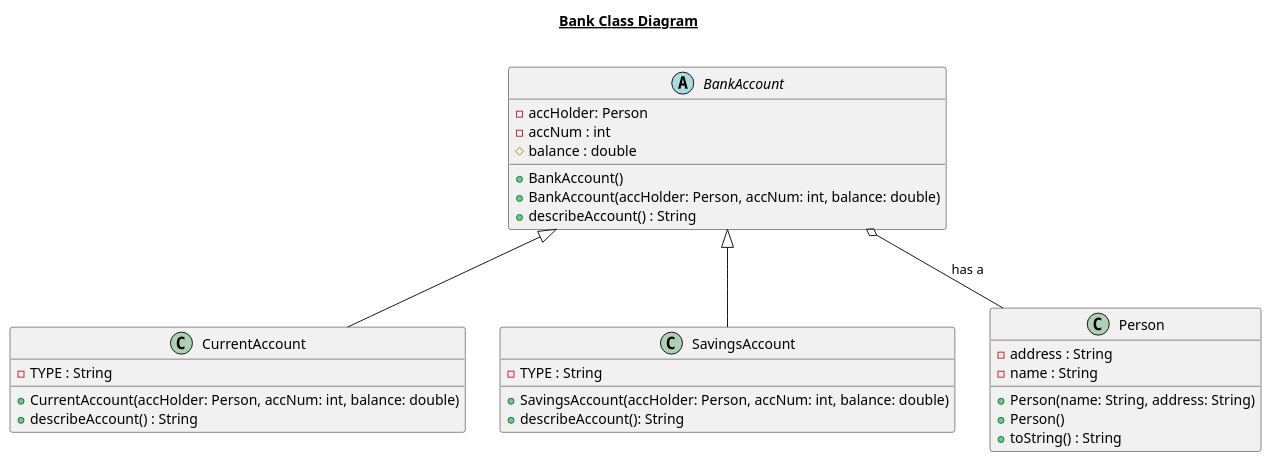
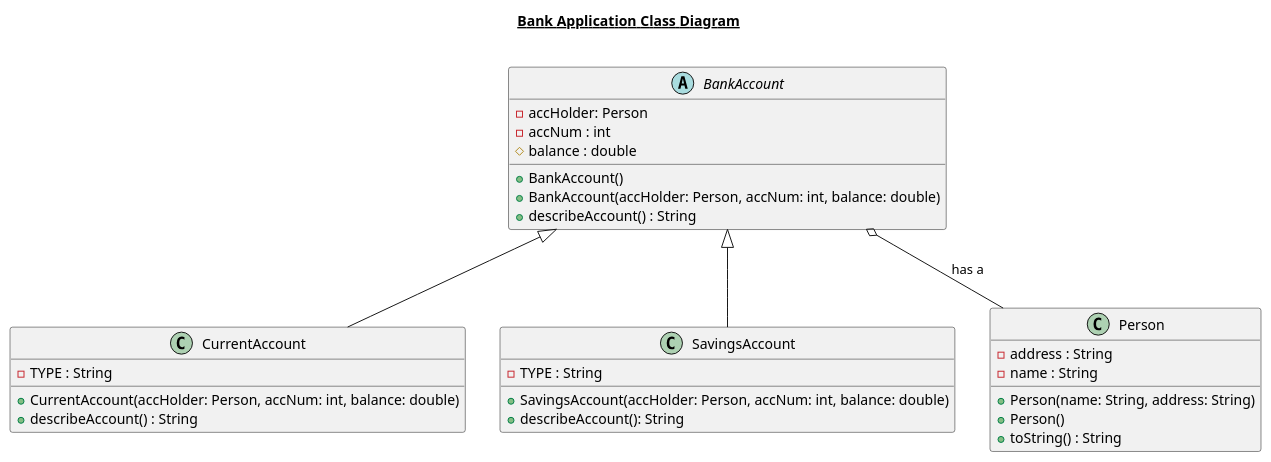
The diagram in PlantUMLDiagrams/BeforeDecorator-SavingsAndCurrent.puml (GraceOSullivan/SoftwareDesignPatterns), drawn with PlantUML before and after one commit. The commit also changed 11 other files, not shown here.

```diff
--- a/PlantUMLDiagrams/BeforeDecorator-SavingsAndCurrent.puml
+++ b/PlantUMLDiagrams/BeforeDecorator-SavingsAndCurrent.puml
@@ -1,39 +1,39 @@
 @startuml
 
-title __Bank Class Diagram__\n
+title __Bank Application Class Diagram__\n
 
 
 abstract class BankAccount {
     - accHolder: Person
     - accNum : int
     # balance : double
     + BankAccount()
     + BankAccount(accHolder: Person, accNum: int, balance: double)
     + describeAccount() : String
 }
 
 class CurrentAccount {
     - TYPE : String
     + CurrentAccount(accHolder: Person, accNum: int, balance: double)
     + describeAccount() : String
 }
 
 class SavingsAccount {
     - TYPE : String
     + SavingsAccount(accHolder: Person, accNum: int, balance: double)
     + describeAccount(): String
 }
 
 class Person {
     - address : String
     - name : String
     + Person(name: String, address: String)
     + Person()
     + toString() : String
 }
 
 BankAccount o-- Person : has a
 CurrentAccount -up-|> BankAccount
 SavingsAccount -up-|> BankAccount
 
 @enduml
```
